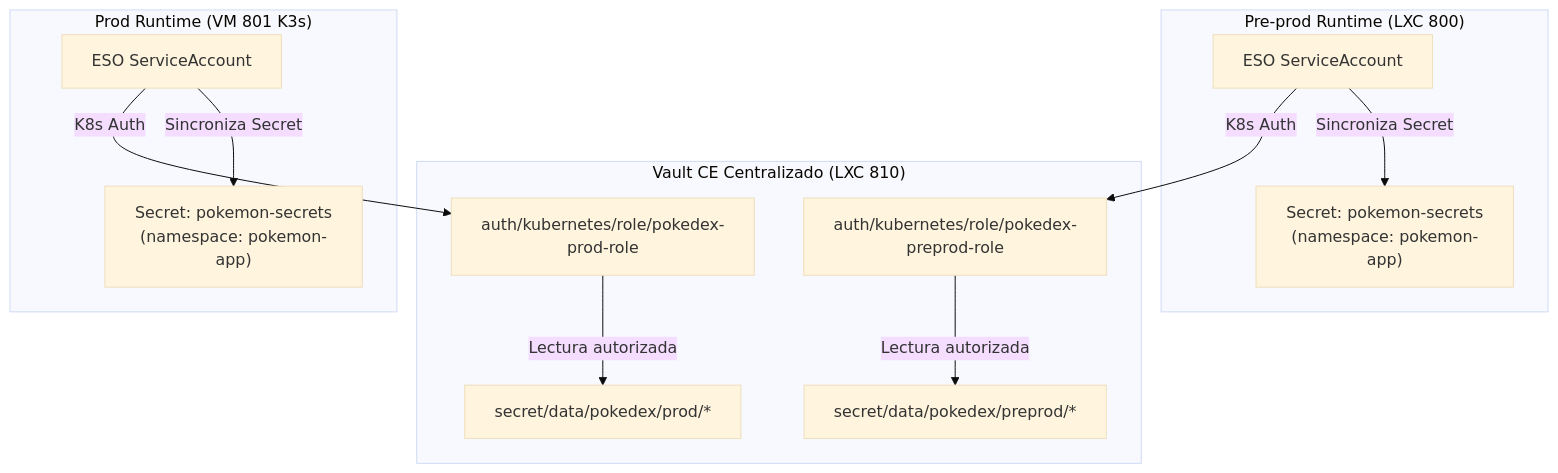
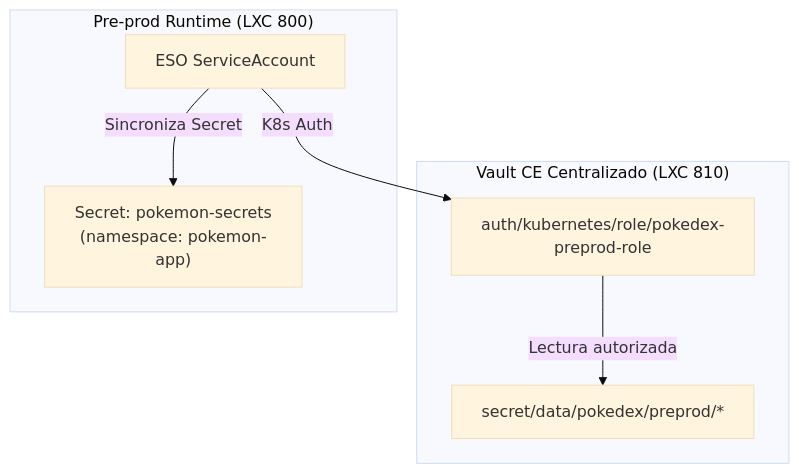
The diagram in docs/architecture/KUBERNETES_NAMESPACE_TAXONOMY.md (rocapellino/pokedex), drawn with Mermaid (base theme) before and after one commit. The commit also changed other lines of this file and 28 other files, not shown here.

````diff
--- a/docs/architecture/KUBERNETES_NAMESPACE_TAXONOMY.md
+++ b/docs/architecture/KUBERNETES_NAMESPACE_TAXONOMY.md
@@ -61,21 +60,14 @@
 ```mermaid
 graph TD
     subgraph "Vault CE Centralizado (LXC 810)"
         PP_PATH["secret/data/pokedex/preprod/*"]
-        PR_PATH["secret/data/pokedex/prod/*"]
         PP_ROLE["auth/kubernetes/role/pokedex-preprod-role"]
-        PR_ROLE["auth/kubernetes/role/pokedex-prod-role"]
     end
 
     subgraph "Pre-prod Runtime (LXC 800)"
         ESO_PRE["ESO ServiceAccount"] -->|K8s Auth| PP_ROLE
         PP_ROLE -->|Lectura autorizada| PP_PATH
         ESO_PRE -->|Sincroniza Secret| SEC_PRE["Secret: pokemon-secrets<br>(namespace: pokemon-app)"]
     end
 
-    subgraph "Prod Runtime (VM 801 K3s)"
-        ESO_PROD["ESO ServiceAccount"] -->|K8s Auth| PR_ROLE
-        PR_ROLE -->|Lectura autorizada| PR_PATH
-        ESO_PROD -->|Sincroniza Secret| SEC_PROD["Secret: pokemon-secrets<br>(namespace: pokemon-app)"]
-    end
 ```
````
